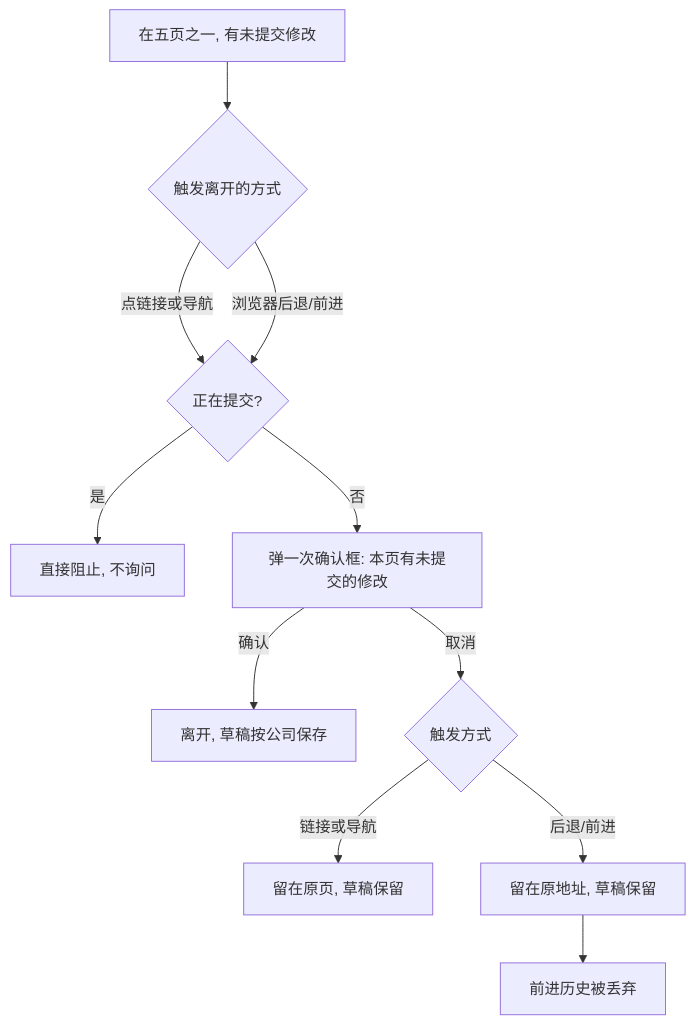
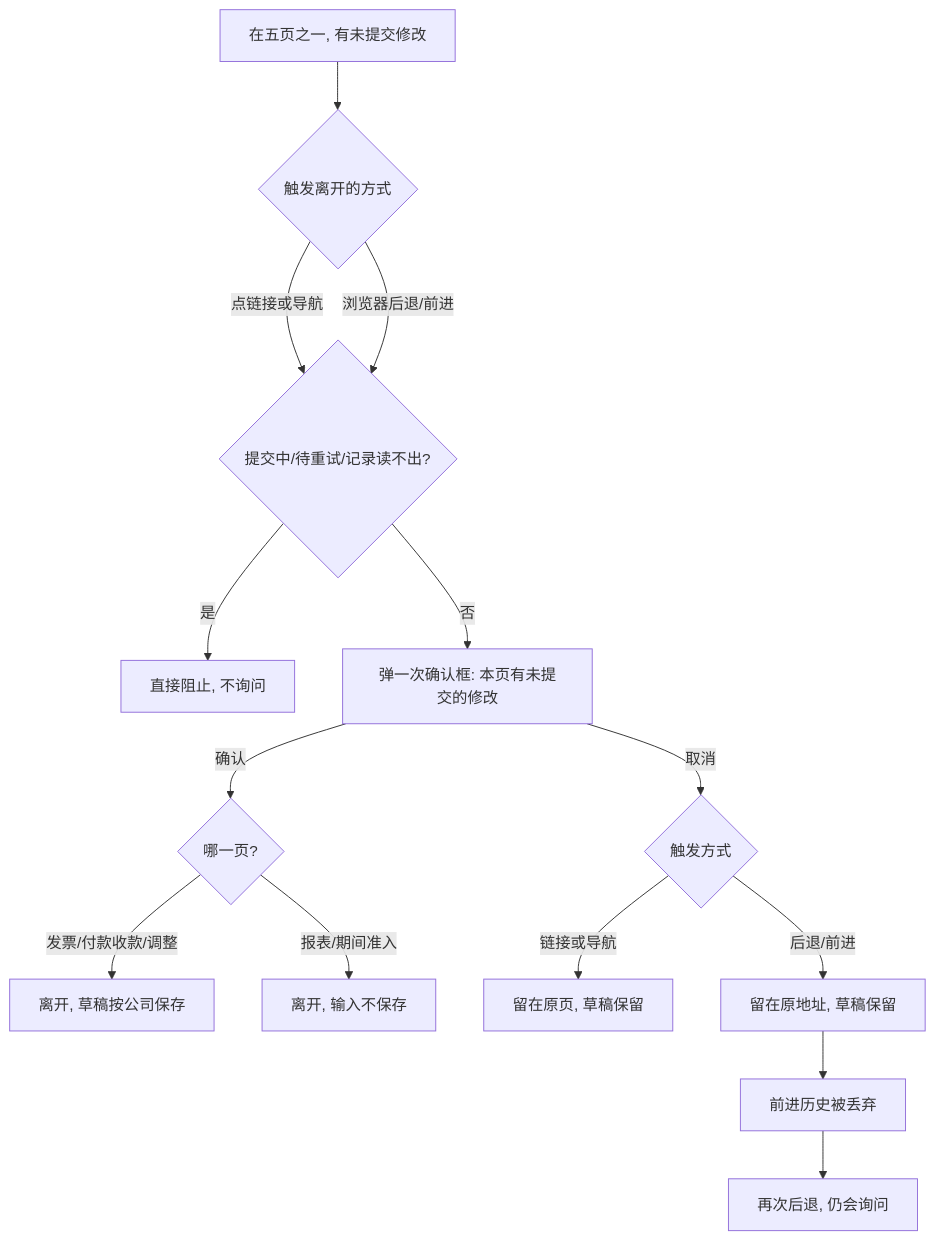
The third of 3 diagrams in docs/flows/order-invoice-trace-flow.md (lingshf/ai-native-erp), drawn with Mermaid before and after one commit. The commit also changed other lines of this file and 3 other files, not shown here.

````diff
--- a/docs/flows/order-invoice-trace-flow.md
+++ b/docs/flows/order-invoice-trace-flow.md
@@ -56,13 +56,16 @@
 ```mermaid
 flowchart TD
   A[在五页之一, 有未提交修改] --> B{触发离开的方式}
-  B -- 点链接或导航 --> C{正在提交?}
+  B -- 点链接或导航 --> C{提交中/待重试/记录读不出?}
   B -- 浏览器后退/前进 --> C
   C -- 是 --> D[直接阻止, 不询问]
   C -- 否 --> E[弹一次确认框: 本页有未提交的修改]
-  E -- 确认 --> F[离开, 草稿按公司保存]
+  E -- 确认 --> F{哪一页?}
+  F -- 发票/付款收款/调整 --> F1[离开, 草稿按公司保存]
+  F -- 报表/期间准入 --> F2[离开, 输入不保存]
   E -- 取消 --> G{触发方式}
   G -- 链接或导航 --> H[留在原页, 草稿保留]
   G -- 后退/前进 --> I[留在原地址, 草稿保留]
   I --> J[前进历史被丢弃]
+  J --> K[再次后退, 仍会询问]
 ```
````
